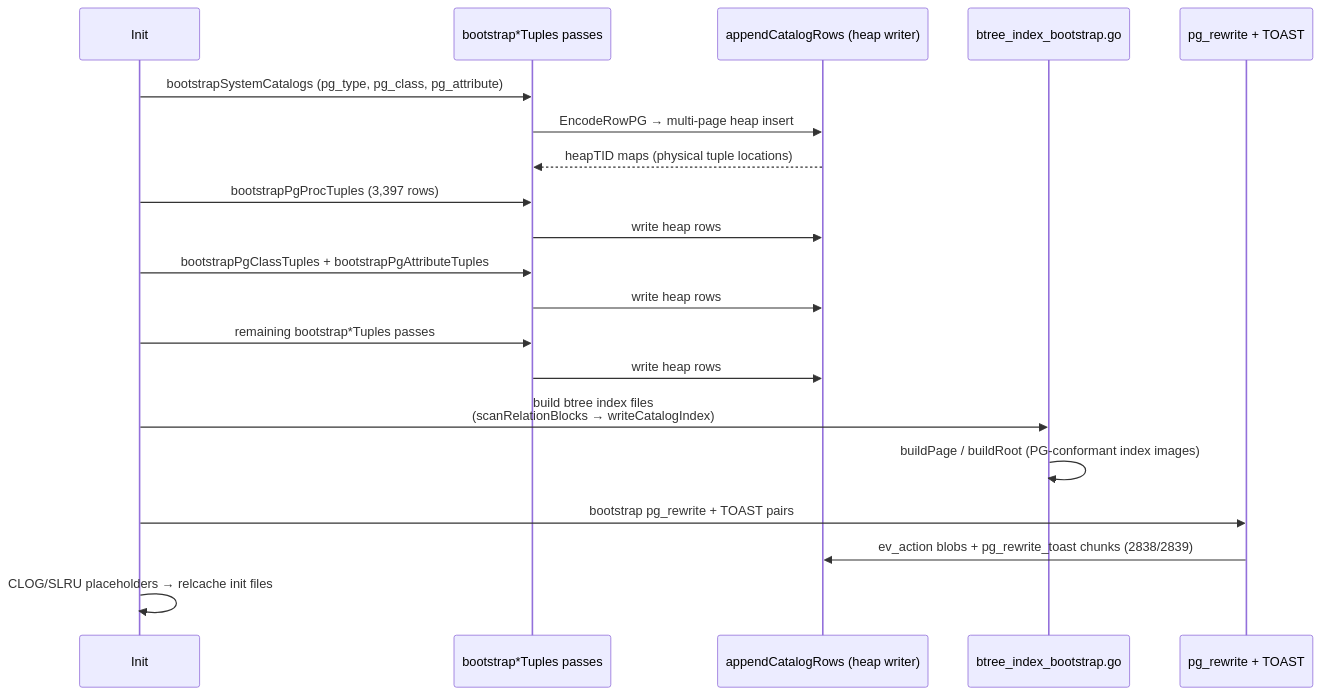
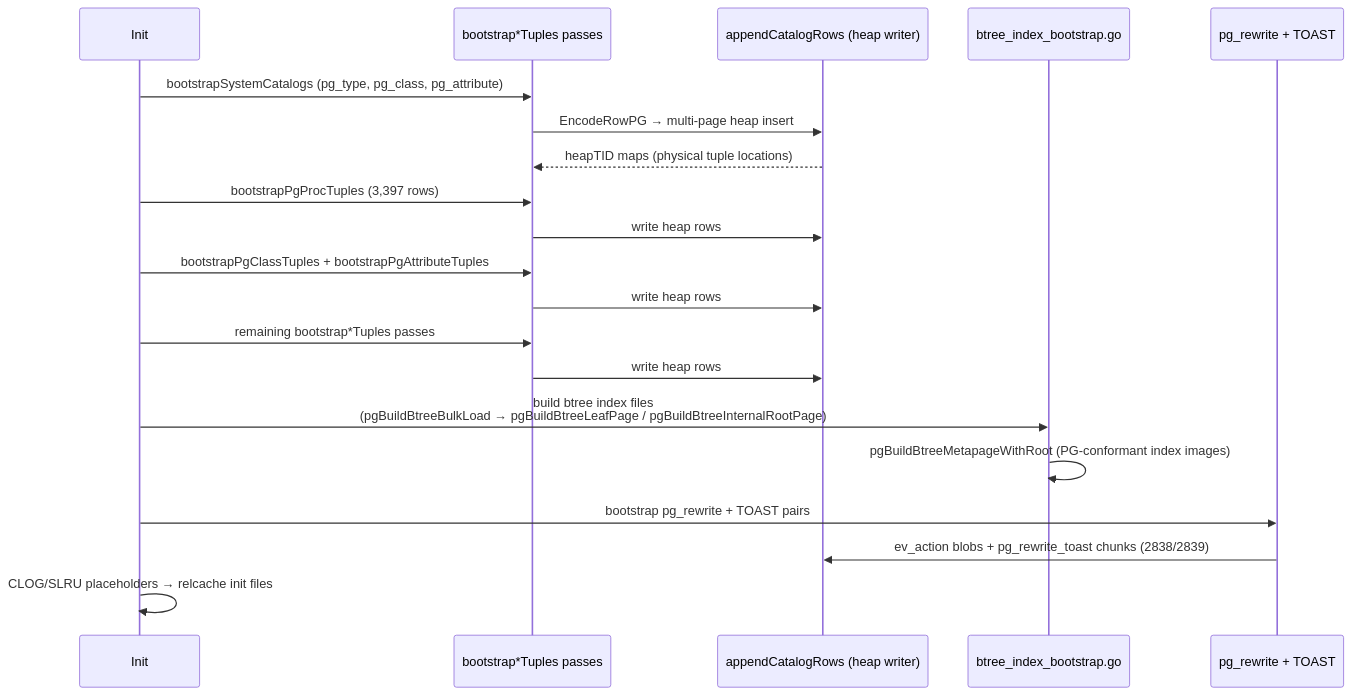
The second of 3 diagrams in docs/wiki/modules/initdb.md (ryogrid/goopg), drawn with Mermaid before and after one commit. The commit also changed other lines of this file and 7 other files, not shown here.

````diff
--- a/docs/wiki/modules/initdb.md
+++ b/docs/wiki/modules/initdb.md
@@ -163,23 +161,23 @@
 ```mermaid
 sequenceDiagram
     participant INIT as Init
     participant CATS as bootstrap*Tuples passes
     participant HEAP as appendCatalogRows (heap writer)
     participant IDX as btree_index_bootstrap.go
     participant REW as pg_rewrite + TOAST
 
     INIT->>CATS: bootstrapSystemCatalogs (pg_type, pg_class, pg_attribute)
     CATS->>HEAP: EncodeRowPG → multi-page heap insert
     HEAP-->>CATS: heapTID maps (physical tuple locations)
     INIT->>CATS: bootstrapPgProcTuples (3,397 rows)
     CATS->>HEAP: write heap rows
     INIT->>CATS: bootstrapPgClassTuples + bootstrapPgAttributeTuples
     CATS->>HEAP: write heap rows
     INIT->>CATS: remaining bootstrap*Tuples passes
     CATS->>HEAP: write heap rows
-    INIT->>IDX: build btree index files<br/>(scanRelationBlocks → writeCatalogIndex)
-    IDX->>IDX: buildPage / buildRoot (PG-conformant index images)
+    INIT->>IDX: build btree index files<br/>(pgBuildBtreeBulkLoad → pgBuildBtreeLeafPage / pgBuildBtreeInternalRootPage)
+    IDX->>IDX: pgBuildBtreeMetapageWithRoot (PG-conformant index images)
     INIT->>REW: bootstrap pg_rewrite + TOAST pairs
     REW->>HEAP: ev_action blobs + pg_rewrite_toast chunks (2838/2839)
     INIT->>INIT: CLOG/SLRU placeholders → relcache init files
 ```
````
